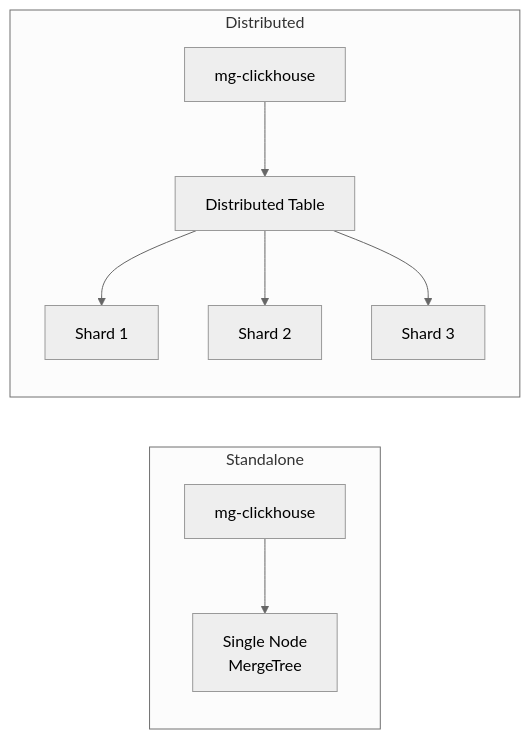
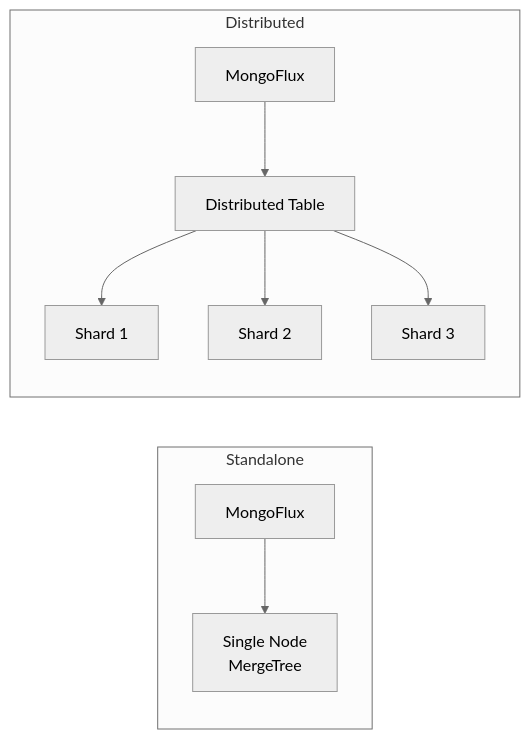
Before and after one commit to mrityunjaysharma/mongo-flux: the sixth of 7 diagrams in docs/article.md, drawn with Mermaid (neutral theme). The commit also changed other lines of this file and 38 other files, not shown here.

````diff
--- a/docs/article.md
+++ b/docs/article.md
@@ -172,13 +172,13 @@
 ```mermaid
 flowchart LR
     subgraph Standalone
-        A[mg-clickhouse] --> B[Single Node<br/>MergeTree]
+        A[MongoFlux] --> B[Single Node<br/>MergeTree]
     end
 
     subgraph Distributed
-        C[mg-clickhouse] --> D[Distributed Table]
+        C[MongoFlux] --> D[Distributed Table]
         D --> E[Shard 1]
         D --> F[Shard 2]
         D --> G[Shard 3]
     end
 ```
````
